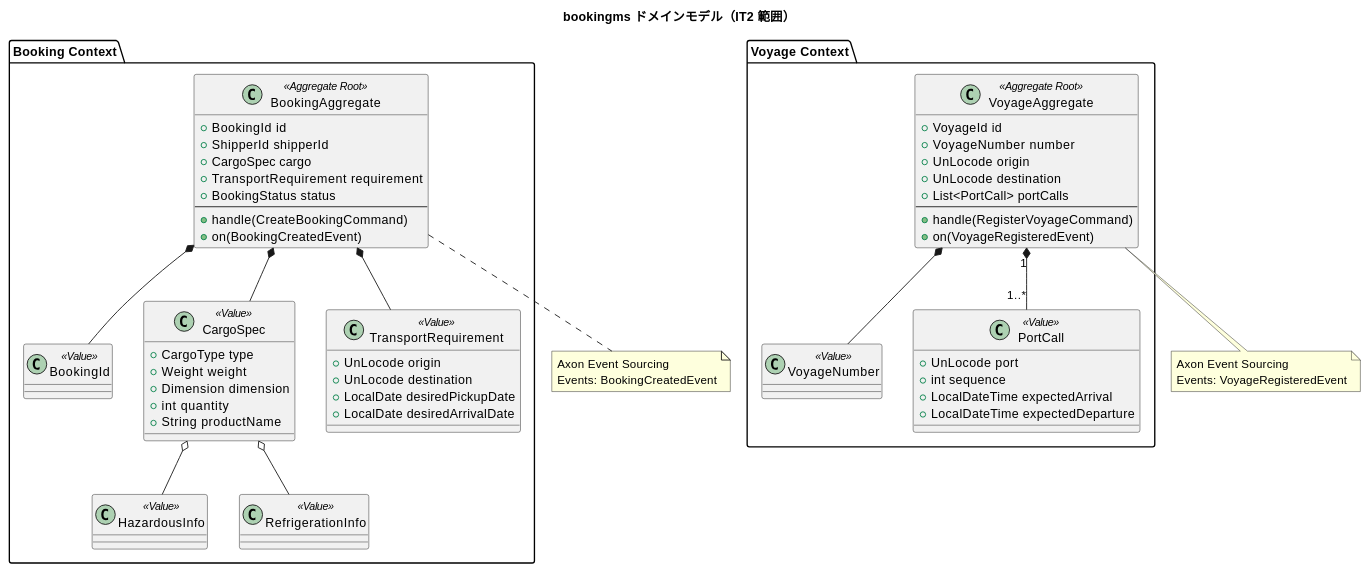
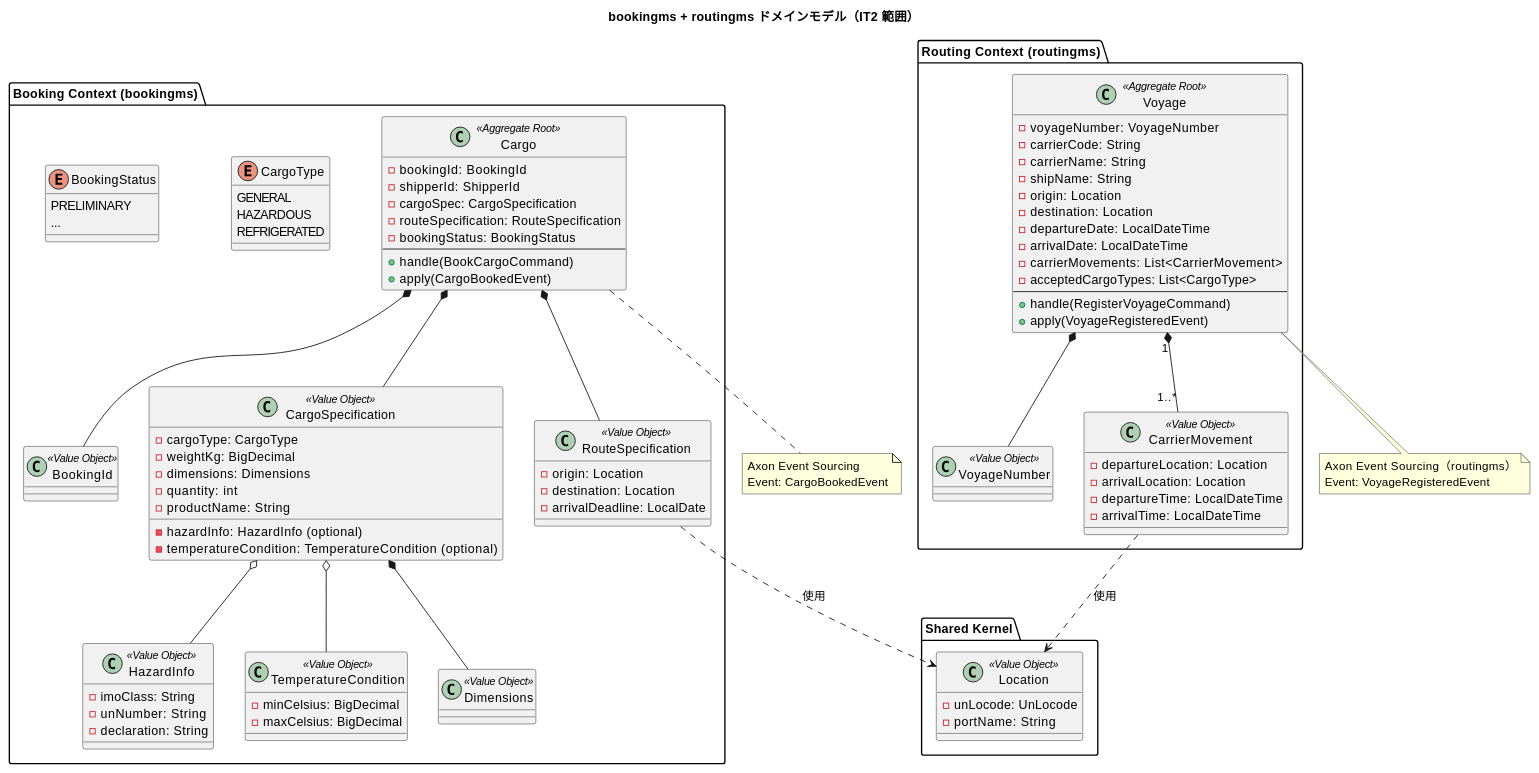
Before and after one commit to k2works/case-study-cargo-tracker: the third of 7 diagrams in docs/development/iteration_plan-2.md, drawn with PlantUML. The commit also changed other lines of this file, not shown here.

````diff
--- a/docs/development/iteration_plan-2.md
+++ b/docs/development/iteration_plan-2.md
@@ -329,73 +361,107 @@
 ```plantuml
 @startuml
-title bookingms ドメインモデル（IT2 範囲）
+title bookingms + routingms ドメインモデル（IT2 範囲）
 
-package "Booking Context" {
-  class BookingAggregate <<Aggregate Root>> {
-    + BookingId id
-    + ShipperId shipperId
-    + CargoSpec cargo
-    + TransportRequirement requirement
-    + BookingStatus status
+package "Booking Context (bookingms)" {
+  class Cargo <<Aggregate Root>> {
+    - bookingId: BookingId
+    - shipperId: ShipperId
+    - cargoSpec: CargoSpecification
+    - routeSpecification: RouteSpecification
+    - bookingStatus: BookingStatus
     --
-    + handle(CreateBookingCommand)
-    + on(BookingCreatedEvent)
+    + handle(BookCargoCommand)
+    + apply(CargoBookedEvent)
   }
-  class BookingId <<Value>>
-  class CargoSpec <<Value>> {
-    + CargoType type
-    + Weight weight
-    + Dimension dimension
-    + int quantity
-    + String productName
+  class BookingId <<Value Object>>
+  class CargoSpecification <<Value Object>> {
+    - cargoType: CargoType
+    - weightKg: BigDecimal
+    - dimensions: Dimensions
+    - quantity: int
+    - productName: String
+    - hazardInfo: HazardInfo (optional)
+    - temperatureCondition: TemperatureCondition (optional)
   }
-  class HazardousInfo <<Value>>
-  class RefrigerationInfo <<Value>>
-  class TransportRequirement <<Value>> {
-    + UnLocode origin
-    + UnLocode destination
-    + LocalDate desiredPickupDate
-    + LocalDate desiredArrivalDate
+  class HazardInfo <<Value Object>> {
+    - imoClass: String
+    - unNumber: String
+    - declaration: String
+  }
+  class TemperatureCondition <<Value Object>> {
+    - minCelsius: BigDecimal
+    - maxCelsius: BigDecimal
+  }
+  class Dimensions <<Value Object>>
+  class RouteSpecification <<Value Object>> {
+    - origin: Location
+    - destination: Location
+    - arrivalDeadline: LocalDate
+  }
+  enum CargoType {
+    GENERAL
+    HAZARDOUS
+    REFRIGERATED
+  }
+  enum BookingStatus {
+    PRELIMINARY
+    ...
   }
 
-  BookingAggregate *-- BookingId
-  BookingAggregate *-- CargoSpec
-  CargoSpec o-- HazardousInfo
-  CargoSpec o-- RefrigerationInfo
-  BookingAggregate *-- TransportRequirement
+  Cargo *-- BookingId
+  Cargo *-- CargoSpecification
+  CargoSpecification o-- HazardInfo
+  CargoSpecification o-- TemperatureCondition
+  CargoSpecification *-- Dimensions
+  Cargo *-- RouteSpecification
 }
 
-package "Voyage Context" {
-  class VoyageAggregate <<Aggregate Root>> {
-    + VoyageId id
-    + VoyageNumber number
-    + UnLocode origin
-    + UnLocode destination
-    + List<PortCall> portCalls
+package "Routing Context (routingms)" {
+  class Voyage <<Aggregate Root>> {
+    - voyageNumber: VoyageNumber
+    - carrierCode: String
+    - carrierName: String
+    - shipName: String
+    - origin: Location
+    - destination: Location
+    - departureDate: LocalDateTime
+    - arrivalDate: LocalDateTime
+    - carrierMovements: List<CarrierMovement>
+    - acceptedCargoTypes: List<CargoType>
     --
     + handle(RegisterVoyageCommand)
-    + on(VoyageRegisteredEvent)
+    + apply(VoyageRegisteredEvent)
   }
-  class VoyageNumber <<Value>>
-  class PortCall <<Value>> {
-    + UnLocode port
-    + int sequence
-    + LocalDateTime expectedArrival
-    + LocalDateTime expectedDeparture
+  class VoyageNumber <<Value Object>>
+  class CarrierMovement <<Value Object>> {
+    - departureLocation: Location
+    - arrivalLocation: Location
+    - departureTime: LocalDateTime
+    - arrivalTime: LocalDateTime
   }
 
-  VoyageAggregate *-- VoyageNumber
-  VoyageAggregate "1" *-- "1..*" PortCall
+  Voyage *-- VoyageNumber
+  Voyage "1" *-- "1..*" CarrierMovement
 }
 
-note bottom of BookingAggregate
+package "Shared Kernel" {
+  class Location <<Value Object>> {
+    - unLocode: UnLocode
+    - portName: String
+  }
+}
+
+RouteSpecification ..> Location : 使用
+CarrierMovement ..> Location : 使用
+
+note bottom of Cargo
   Axon Event Sourcing
-  Events: BookingCreatedEvent
+  Event: CargoBookedEvent
 end note
 
-note bottom of VoyageAggregate
-  Axon Event Sourcing
-  Events: VoyageRegisteredEvent
+note bottom of Voyage
+  Axon Event Sourcing（routingms）
+  Event: VoyageRegisteredEvent
 end note
 
 @enduml
````
